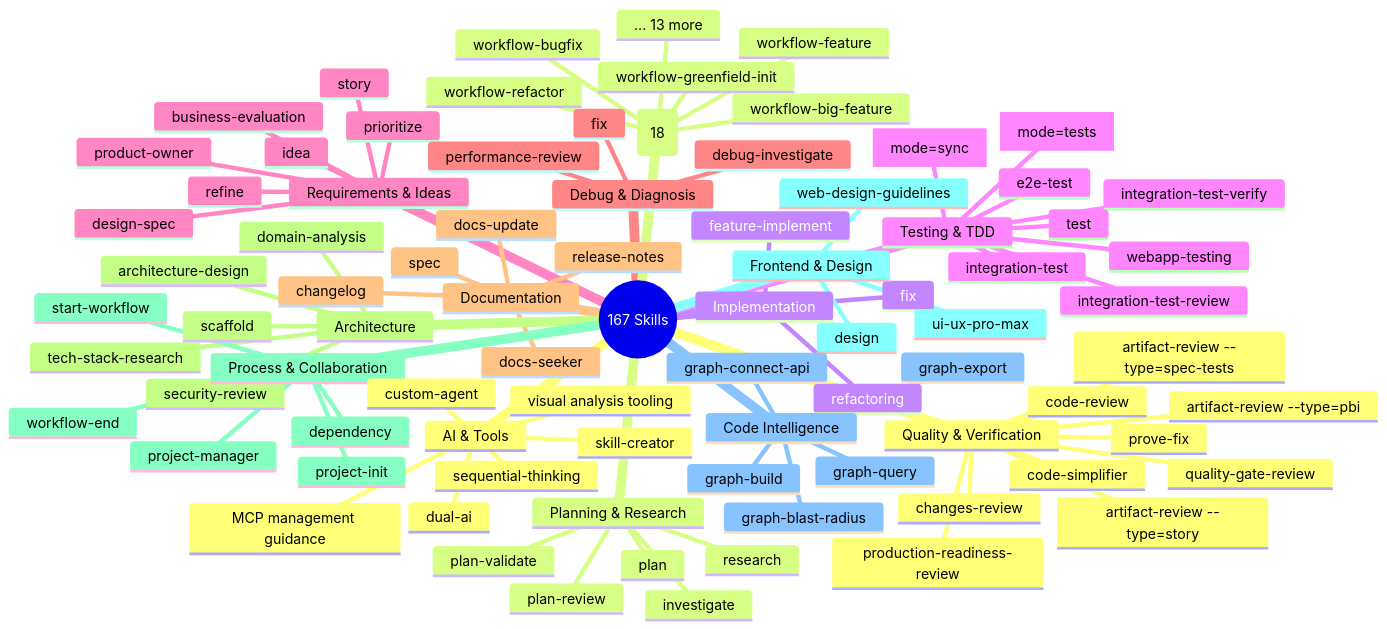
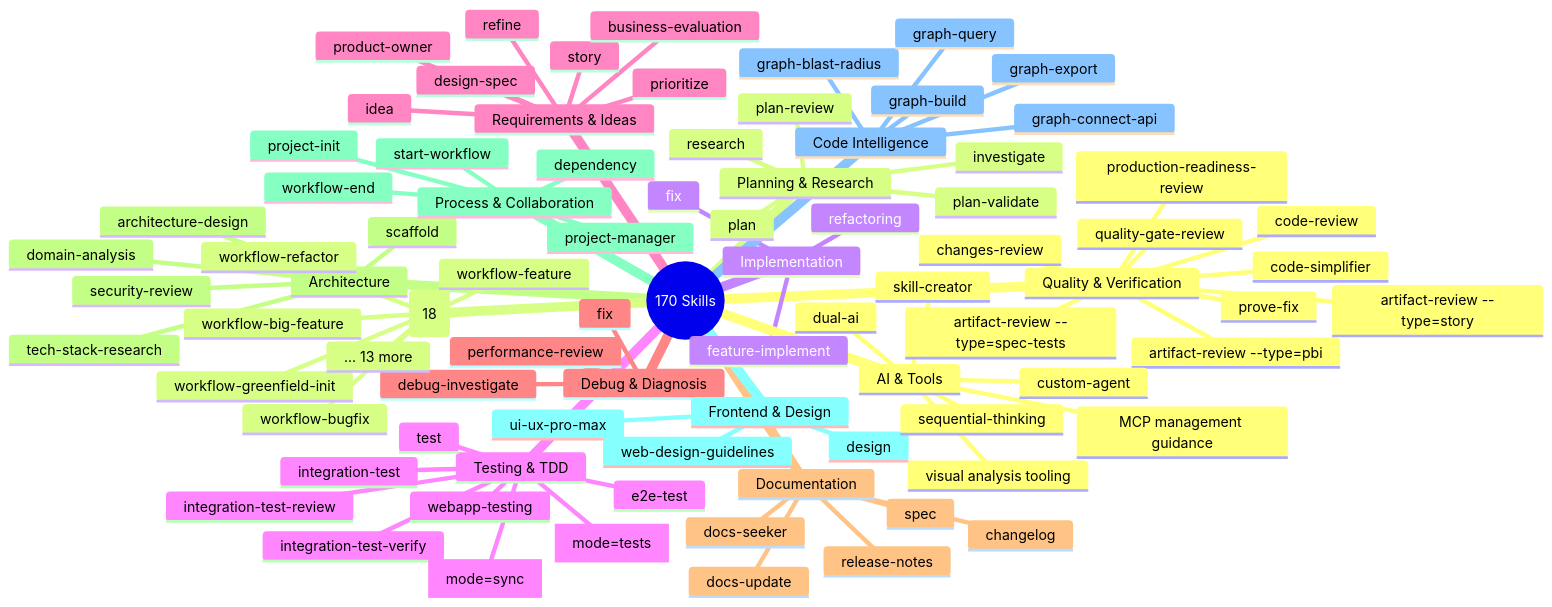
One commit to duc01226/easy-claude changed the fifth of 20 diagrams in .claude/docs/claude-ai-agent-framework-guide.md. Above: the diagram before and after it, drawn with Mermaid. The commit also changed other lines of this file and 127 other files, not shown here.

````diff
--- a/.claude/docs/claude-ai-agent-framework-guide.md
+++ b/.claude/docs/claude-ai-agent-framework-guide.md
@@ -460,6 +460,6 @@
 ```mermaid
 mindmap
-  root((167 Skills))
+  root((170 Skills))
     Quality & Verification
       code-review
       prove-fix
````
